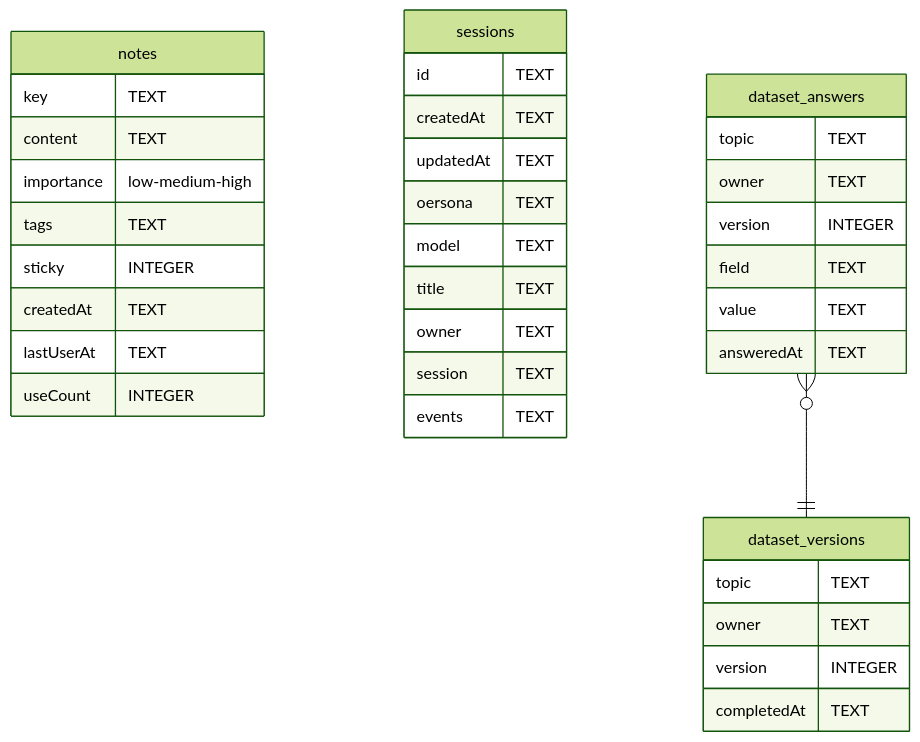
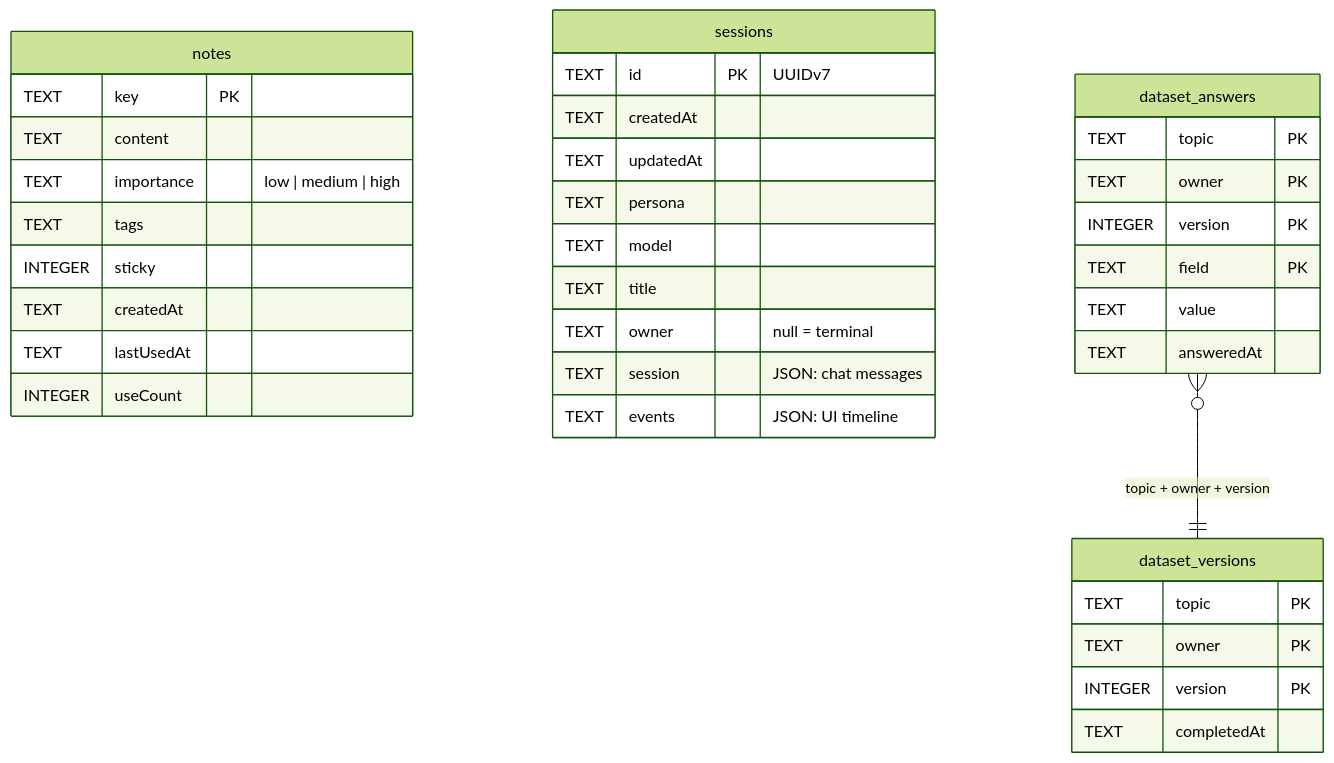
One commit to SubZtep/kaja changed the diagram in docs/tui/sqlite.md. Above: the diagram before and after it, drawn with Mermaid (forest theme). The commit also changed other lines of this file and 30 other files, not shown here.

````diff
--- a/docs/tui/sqlite.md
+++ b/docs/tui/sqlite.md
@@ -21,43 +31,43 @@
 ```mermaid
 erDiagram
   notes {
-    key TEXT
-    content TEXT
-    importance low-medium-high
-    tags TEXT
-    sticky INTEGER
-    createdAt TEXT
-    lastUserAt TEXT
-    useCount INTEGER
+    TEXT key PK
+    TEXT content
+    TEXT importance "low | medium | high"
+    TEXT tags
+    INTEGER sticky
+    TEXT createdAt
+    TEXT lastUsedAt
+    INTEGER useCount
   }
 
   sessions {
-    id TEXT
-    createdAt TEXT
-    updatedAt TEXT
-    oersona TEXT
-    model TEXT
-    title TEXT
-    owner TEXT
-    session TEXT
-    events TEXT
+    TEXT id PK "UUIDv7"
+    TEXT createdAt
+    TEXT updatedAt
+    TEXT persona
+    TEXT model
+    TEXT title
+    TEXT owner "null = terminal"
+    TEXT session "JSON: chat messages"
+    TEXT events "JSON: UI timeline"
   }
 
   dataset_answers {
-    topic TEXT
-    owner TEXT
-    version INTEGER
-    field TEXT
-    value TEXT
-    answeredAt TEXT
+    TEXT topic PK
+    TEXT owner PK
+    INTEGER version PK
+    TEXT field PK
+    TEXT value
+    TEXT answeredAt
   }
 
   dataset_versions {
-    topic TEXT
-    owner TEXT
-    version INTEGER
-    completedAt TEXT
+    TEXT topic PK
+    TEXT owner PK
+    INTEGER version PK
+    TEXT completedAt
   }
 
-  dataset_answers }o--|| dataset_versions : ""
+  dataset_answers }o--|| dataset_versions : "topic + owner + version"
 ```
````
